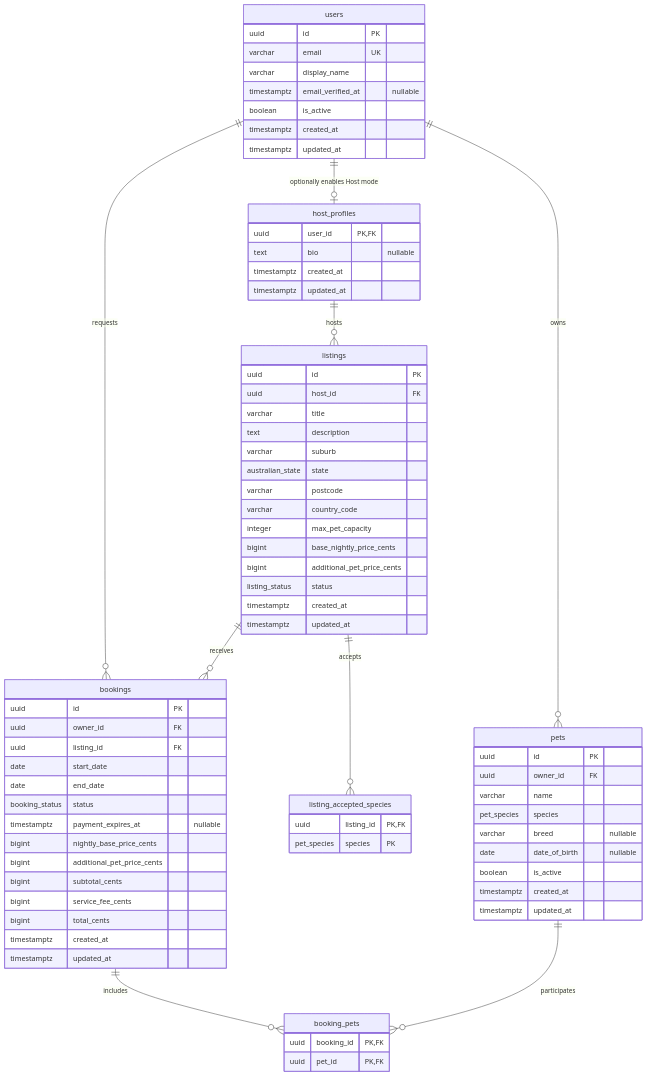
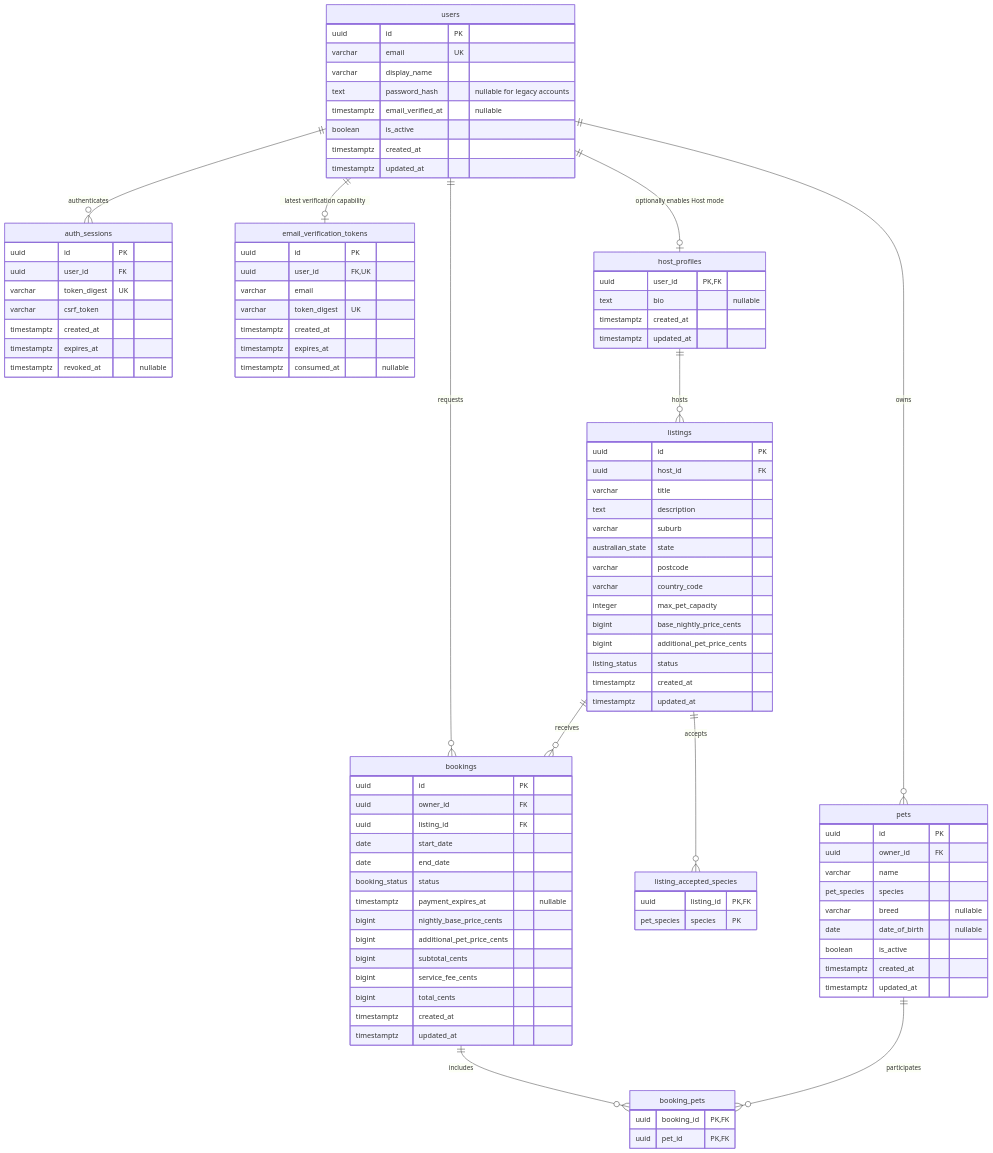
One commit to doyosogo/Pawtel changed the diagram in docs/database.md. Above: the diagram before and after it, drawn with Mermaid. The commit also changed other lines of this file and 33 other files, not shown here.

````diff
--- a/docs/database.md
+++ b/docs/database.md
@@ -10,5 +10,7 @@
 ```mermaid
 erDiagram
+    users ||--o{ auth_sessions : authenticates
+    users ||--o| email_verification_tokens : "latest verification capability"
     users ||--o| host_profiles : "optionally enables Host mode"
     users ||--o{ pets : owns
     host_profiles ||--o{ listings : hosts
@@ -22,10 +24,29 @@
         uuid id PK
         varchar email UK
         varchar display_name
+        text password_hash "nullable for legacy accounts"
         timestamptz email_verified_at "nullable"
         boolean is_active
         timestamptz created_at
         timestamptz updated_at
+    }
+    auth_sessions {
+        uuid id PK
+        uuid user_id FK
+        varchar token_digest UK
+        varchar csrf_token
+        timestamptz created_at
+        timestamptz expires_at
+        timestamptz revoked_at "nullable"
+    }
+    email_verification_tokens {
+        uuid id PK
+        uuid user_id FK,UK
+        varchar email
+        varchar token_digest UK
+        timestamptz created_at
+        timestamptz expires_at
+        timestamptz consumed_at "nullable"
     }
     host_profiles {
         uuid user_id PK,FK
````
